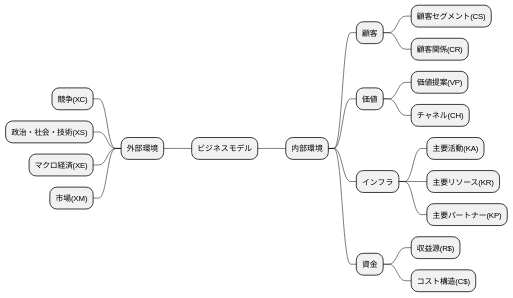
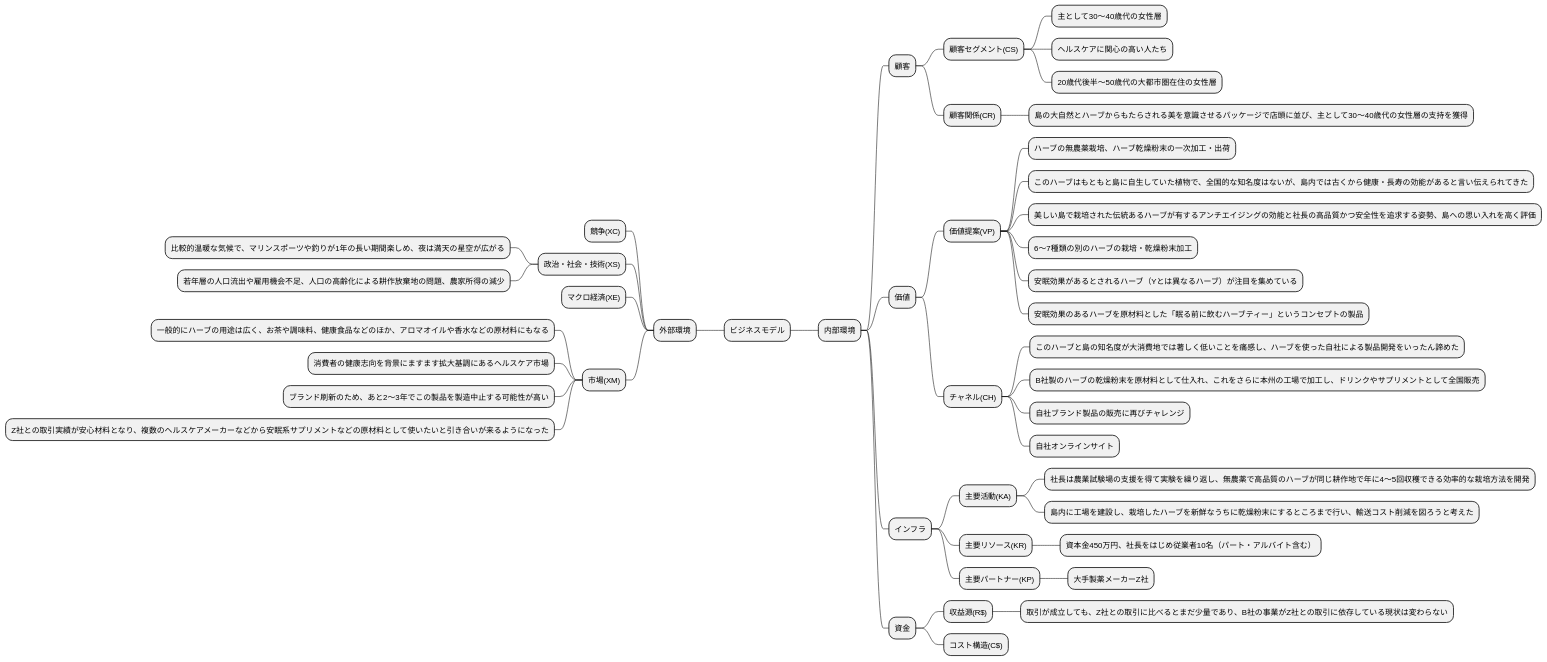
Before and after one commit to k2works/requirements_definition_excercise: the second of 12 diagrams in docs/R02/study/study_2_take01.md, drawn with PlantUML. The commit also changed other lines of this file, not shown here.

````diff
--- a/docs/R02/study/study_2_take01.md
+++ b/docs/R02/study/study_2_take01.md
@@ -44,24 +48,49 @@
 ```plantuml
 @startmindmap
 * ビジネスモデル
 -- 外部環境
 --- 競争(XC)
 --- 政治・社会・技術(XS)
+---- 比較的温暖な気候で、マリンスポーツや釣りが1年の長い期間楽しめ、夜は満天の星空が広がる
+---- 若年層の人口流出や雇用機会不足、人口の高齢化による耕作放棄地の問題、農家所得の減少
 --- マクロ経済(XE)
 --- 市場(XM)
+---- 一般的にハーブの用途は広く、お茶や調味料、健康食品などのほか、アロマオイルや香水などの原材料にもなる
+---- 消費者の健康志向を背景にますます拡大基調にあるヘルスケア市場
+---- ブランド刷新のため、あと2～3年でこの製品を製造中止する可能性が高い
+---- Z社との取引実績が安心材料となり、複数のヘルスケアメーカーなどから安眠系サプリメントなどの原材料として使いたいと引き合いが来るようになった
 ** 内部環境
 *** 顧客
 **** 顧客セグメント(CS)
+***** 主として30～40歳代の女性層
+***** ヘルスケアに関心の高い人たち
+***** 20歳代後半～50歳代の大都市圏在住の女性層
 **** 顧客関係(CR)
+***** 島の大自然とハーブからもたらされる美を意識させるパッケージで店頭に並び、主として30～40歳代の女性層の支持を獲得
 *** 価値
 **** 価値提案(VP)
+***** ハーブの無農薬栽培、ハーブ乾燥粉末の一次加工・出荷
+***** このハーブはもともと島に自生していた植物で、全国的な知名度はないが、島内では古くから健康・長寿の効能があると言い伝えられてきた
+***** 美しい島で栽培された伝統あるハーブが有するアンチエイジングの効能と社長の高品質かつ安全性を追求する姿勢、島への思い入れを高く評価
+***** 6～7種類の別のハーブの栽培・乾燥粉末加工
+***** 安眠効果があるとされるハーブ（Yとは異なるハーブ）が注目を集めている
+***** 安眠効果のあるハーブを原材料とした「眠る前に飲むハーブティー」というコンセプトの製品
 **** チャネル(CH)
+***** このハーブと島の知名度が大消費地では著しく低いことを痛感し、ハーブを使った自社による製品開発をいったん諦めた
+***** B社製のハーブの乾燥粉末を原材料として仕入れ、これをさらに本州の工場で加工し、ドリンクやサプリメントとして全国販売
+***** 自社ブランド製品の販売に再びチャレンジ
+***** 自社オンラインサイト
 *** インフラ
 **** 主要活動(KA)
+***** 社長は農業試験場の支援を得て実験を繰り返し、無農薬で高品質のハーブが同じ耕作地で年に4～5回収穫できる効率的な栽培方法を開発
+***** 島内に工場を建設し、栽培したハーブを新鮮なうちに乾燥粉末にするところまで行い、輸送コスト削減を図ろうと考えた
 **** 主要リソース(KR)
+***** 資本金450万円、社長をはじめ従業者10名（パート・アルバイト含む）
 **** 主要パートナー(KP)
+***** 大手製薬メーカーZ社
 *** 資金
 **** 収益源(R$)
+***** 取引が成立しても、Z社との取引に比べるとまだ少量であり、B社の事業がZ社との取引に依存している現状は変わらない
 **** コスト構造(C$)
 @endmindmap
 ```
````
